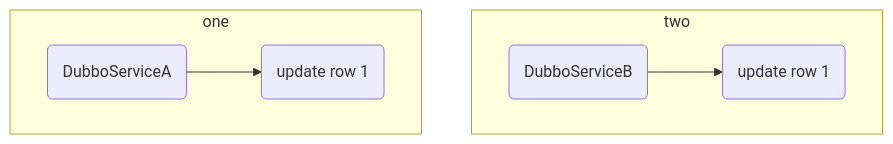
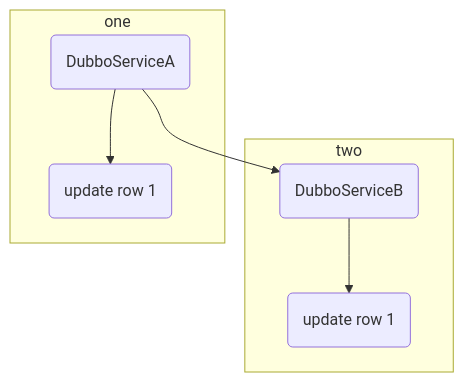
The diagram in dubbo/服务治理问题案例.md (zhudongdong/docs), drawn with Mermaid before and after one commit. The commit also changed other lines of this file, not shown here.

````diff
--- a/dubbo/服务治理问题案例.md
+++ b/dubbo/服务治理问题案例.md
@@ -3,10 +3,11 @@
 ```mermaid
 graph TB
 
 subgraph two
 c(DubboServiceB) --> d(update row 1)
 end
 subgraph one
 a(DubboServiceA) --> b(update row 1)
+a --> c
 end
 ```
````
